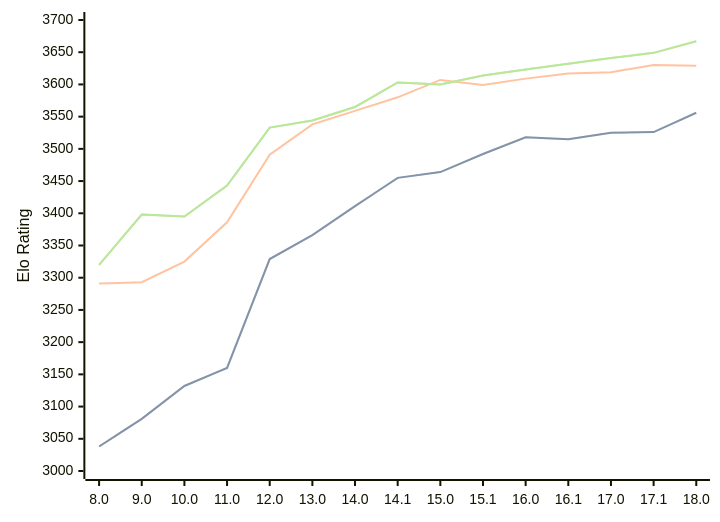
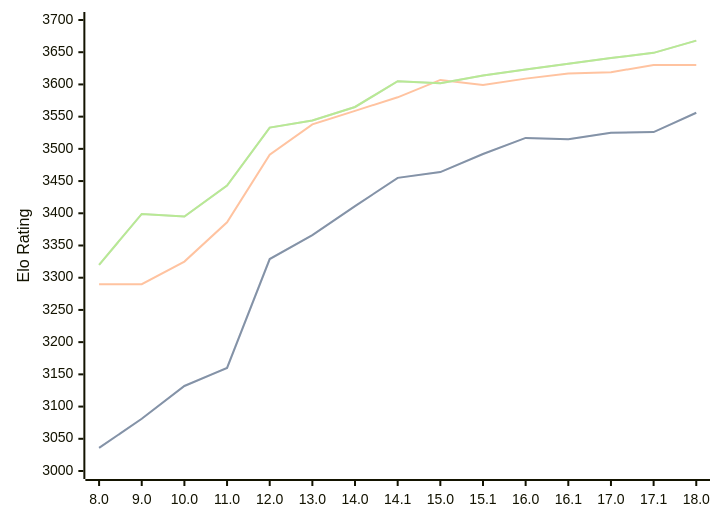
Before and after one commit to computer-chess-index/cci: the diagram in engines/Stockfish.md, drawn with Mermaid. The commit also changed other lines of this file, not shown here.

Commit message:
Update CCI Ratings (ELO VLTC) - 2026-02-27

````diff
--- a/engines/Stockfish.md
+++ b/engines/Stockfish.md
@@ -44,11 +44,11 @@
 ```mermaid
 %%{init: {"theme":"base","themeVariables":{"seriesColors:['#a3a3a3','#222221','#faa371']}}}%%
 xychart-beta
   x-axis ["8.0", "9.0", "10.0", "11.0", "12.0", "13.0", "14.0", "14.1", "15.0", "15.1", "16.0", "16.1", "17.0", "17.1", "18.0"]
   y-axis "Elo Rating" 3000 --> 3700
-  line "STC (8.0+0.08s)" [3038, 3081, 3132, 3160, 3329, 3366, 3411, 3455, 3464, 3492, 3518, 3515, 3525, 3526, 3556]
-  line "STC (8.0+0.08s)" [3038, 3081, 3132, 3160, 3329, 3366, 3411, 3455, 3464, 3492, 3518, 3515, 3525, 3526, 3556]
-  line "LTC (60.0+0.60s)" [3291, 3293, 3325, 3386, 3491, 3538, 3559, 3580, 3607, 3599, 3609, 3617, 3619, 3630, 3629]
-  line "VLTC (2m24s+1.12s)" [3320, 3398, 3395, 3443, 3533, 3544, 3565, 3603, 3600, 3614, 3623, 3632, 3641, 3649, 3667]
-  line "VLTC (2m24s+1.12s)" [3320, 3398, 3395, 3443, 3533, 3544, 3565, 3603, 3600, 3614, 3623, 3632, 3641, 3649, 3667]
+  line "STC (8.0+0.08s)" [3036, 3081, 3132, 3160, 3329, 3366, 3411, 3455, 3464, 3492, 3517, 3515, 3525, 3526, 3556]
+  line "STC (8.0+0.08s)" [3036, 3081, 3132, 3160, 3329, 3366, 3411, 3455, 3464, 3492, 3517, 3515, 3525, 3526, 3556]
+  line "LTC (60.0+0.60s)" [3290, 3290, 3325, 3386, 3491, 3538, 3559, 3580, 3607, 3599, 3609, 3617, 3619, 3630, 3630]
+  line "VLTC (2m24s+1.12s)" [3320, 3399, 3395, 3443, 3533, 3544, 3565, 3605, 3602, 3614, 3623, 3632, 3641, 3649, 3668]
+  line "VLTC (2m24s+1.12s)" [3320, 3399, 3395, 3443, 3533, 3544, 3565, 3605, 3602, 3614, 3623, 3632, 3641, 3649, 3668]
 ```
````
